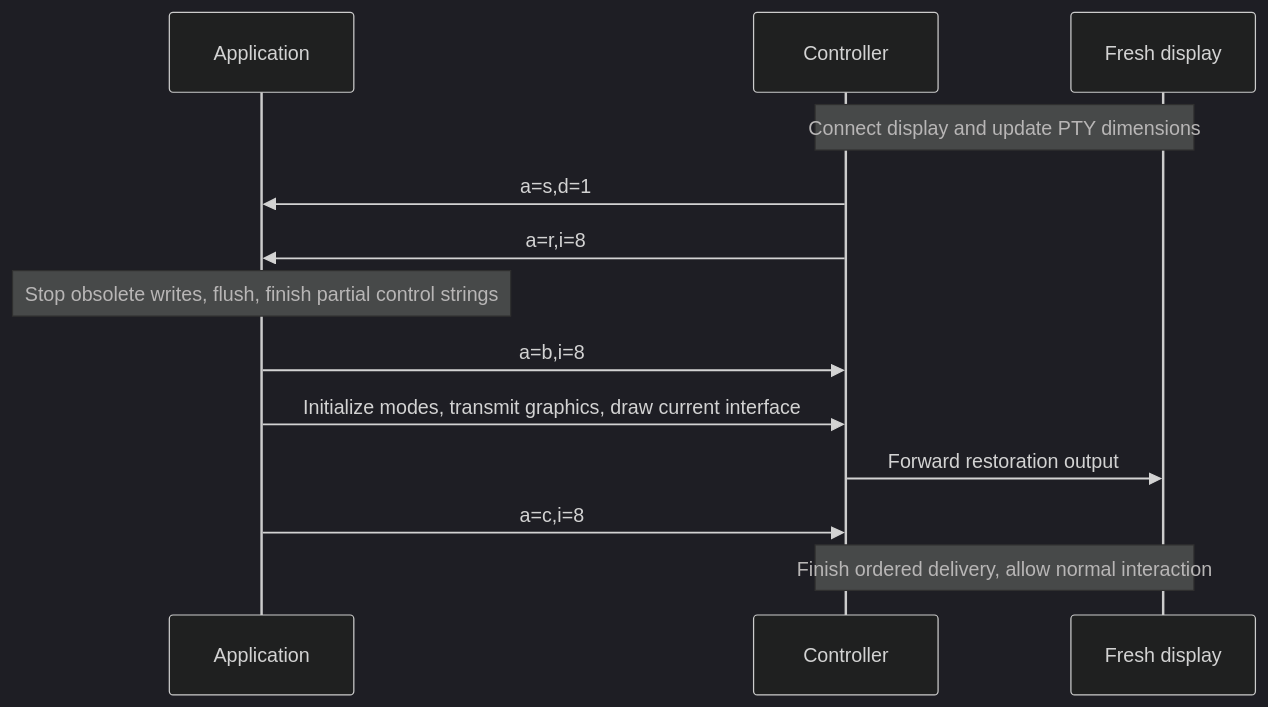
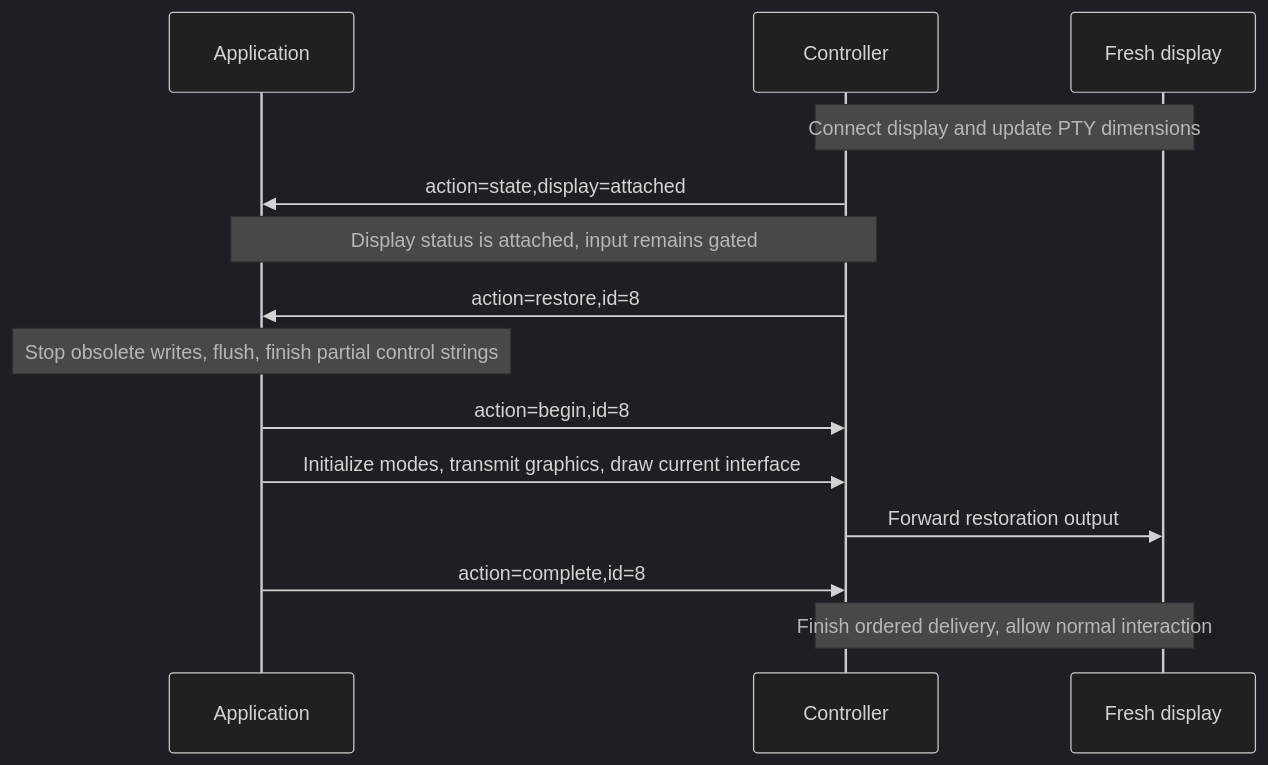
Before and after one commit to claes/kittyplex: the fifth of 7 diagrams in docs/terminal-recovery-protocol-spec.md, drawn with Mermaid (dark theme). The commit also changed other lines of this file and 2 other files, not shown here.

Commit message:
Simplify state diagram etc

````diff
--- a/docs/terminal-recovery-protocol-spec.md
+++ b/docs/terminal-recovery-protocol-spec.md
@@ -205,15 +254,16 @@
 ```mermaid
 sequenceDiagram
     participant A as Application
     participant C as Controller
     participant D as Fresh display
     Note over C,D: Connect display and update PTY dimensions
-    C->>A: a=s,d=1
-    C->>A: a=r,i=8
+    C->>A: action=state,display=attached
+    Note over A,C: Display status is attached, input remains gated
+    C->>A: action=restore,id=8
     Note over A: Stop obsolete writes, flush, finish partial control strings
-    A->>C: a=b,i=8
+    A->>C: action=begin,id=8
     A->>C: Initialize modes, transmit graphics, draw current interface
     C->>D: Forward restoration output
-    A->>C: a=c,i=8
+    A->>C: action=complete,id=8
     Note over C,D: Finish ordered delivery, allow normal interaction
 ```
````
